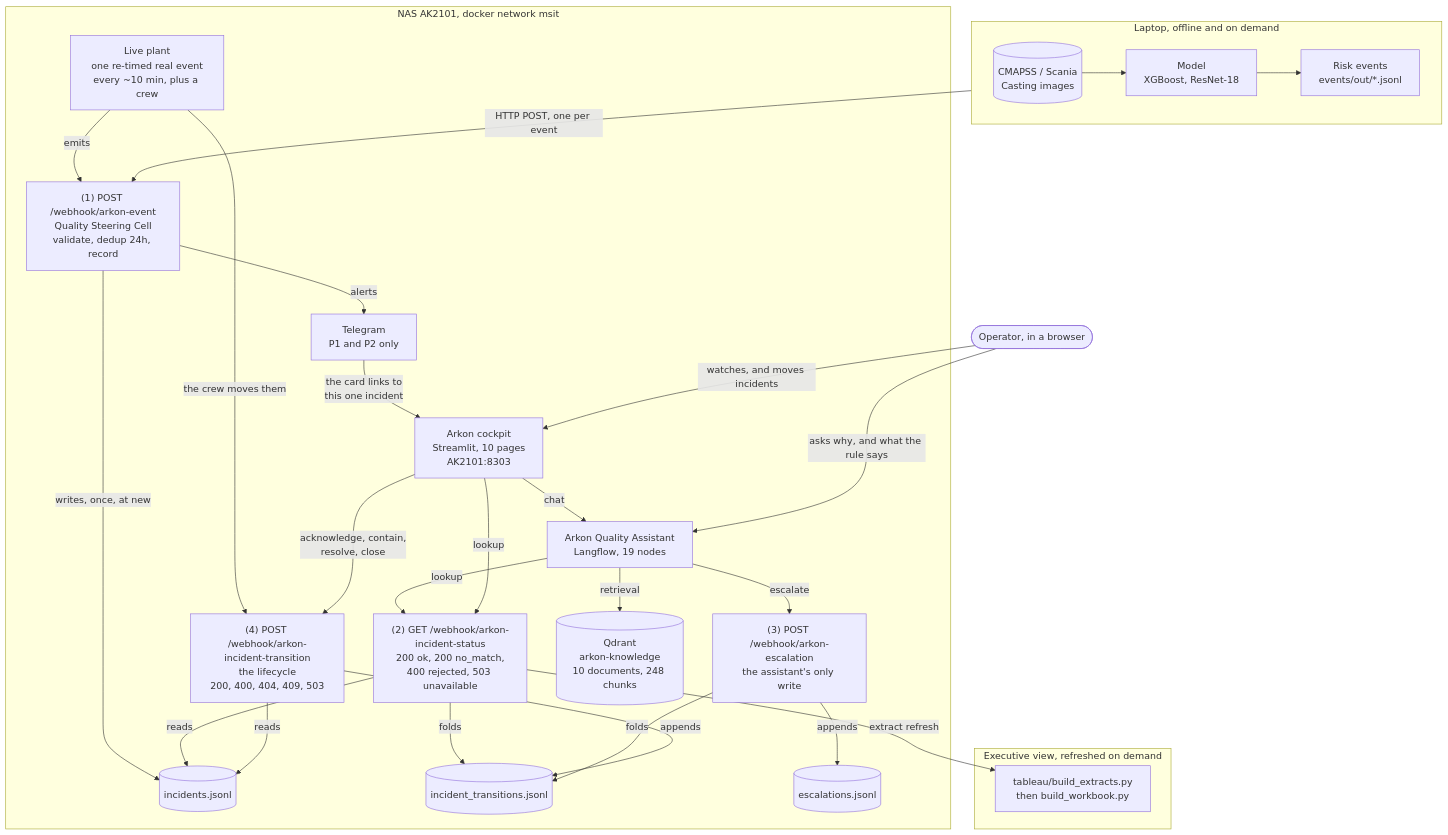
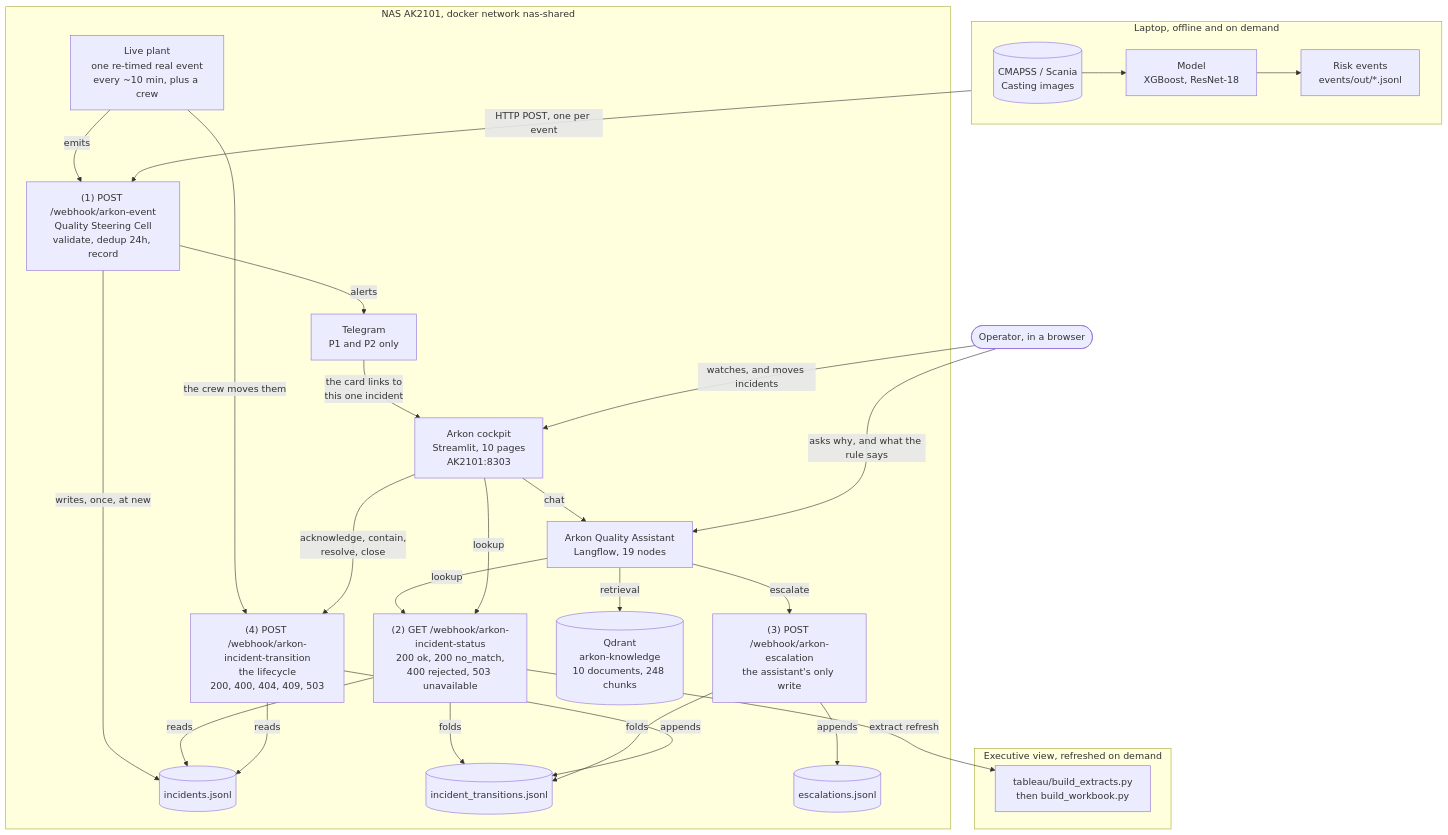
The first of 2 diagrams in README.md (sergey-kasatov/arkon-manufacturing-ai), drawn with Mermaid before and after one commit. The commit also changed 5 other files, not shown here.

First line of the commit message:
Rename the shared docker network to nas-shared

````diff
--- a/README.md
+++ b/README.md
@@ -157,51 +157,51 @@
 ```mermaid
 flowchart TB
   subgraph LAPTOP["Laptop, offline and on demand"]
     direction LR
     DATA[("CMAPSS / Scania<br/>Casting images")] --> MODEL["Model<br/>XGBoost, ResNet-18"] --> EV["Risk events<br/>events/out/*.jsonl"]
   end
 
   OP(["Operator, in a browser"])
 
-  subgraph NAS["NAS AK2101, docker network msit"]
+  subgraph NAS["NAS AK2101, docker network nas-shared"]
     W1["(1) POST /webhook/arkon-event<br/>Quality Steering Cell<br/>validate, dedup 24h, record"]
     ASSIST["Arkon Quality Assistant<br/>Langflow, 19 nodes"]
     COCK["Arkon cockpit<br/>Streamlit, 10 pages<br/>AK2101:8303"]
     W2["(2) GET /webhook/arkon-incident-status<br/>200 ok, 200 no_match,<br/>400 rejected, 503 unavailable"]
     W3["(3) POST /webhook/arkon-escalation<br/>the assistant's only write"]
     W4["(4) POST /webhook/arkon-incident-transition<br/>the lifecycle<br/>200, 400, 404, 409, 503"]
     LP["Live plant<br/>one re-timed real event<br/>every ~10 min, plus a crew"]
     QD[("Qdrant<br/>arkon-knowledge<br/>10 documents, 248 chunks")]
     INC[("incidents.jsonl")]
     TRN[("incident_transitions.jsonl")]
     ESC[("escalations.jsonl")]
     TG["Telegram<br/>P1 and P2 only"]
 
     W1 -- alerts --> TG
     W1 -- "writes, once, at new" --> INC
     LP -- "emits" --> W1
     LP -- "the crew moves them" --> W4
     ASSIST -- retrieval --> QD
     ASSIST -- lookup --> W2
     ASSIST -- escalate --> W3
     W2 -- reads --> INC
     W2 -- "folds" --> TRN
     COCK -- lookup --> W2
     COCK -- "acknowledge, contain,<br/>resolve, close" --> W4
     COCK -- chat --> ASSIST
     W3 -- appends --> ESC
     W3 -- "folds" --> TRN
     W4 -- appends --> TRN
     W4 -- reads --> INC
   end
 
   subgraph EXEC["Executive view, refreshed on demand"]
     TAB["tableau/build_extracts.py<br/>then build_workbook.py"]
   end
 
   EV -- "HTTP POST, one per event" --> W1
   TG -- "the card links to<br/>this one incident" --> COCK
   OP -- "asks why, and what the rule says" --> ASSIST
   OP -- "watches, and moves incidents" --> COCK
   W2 -- "extract refresh" --> TAB
 ```
````
